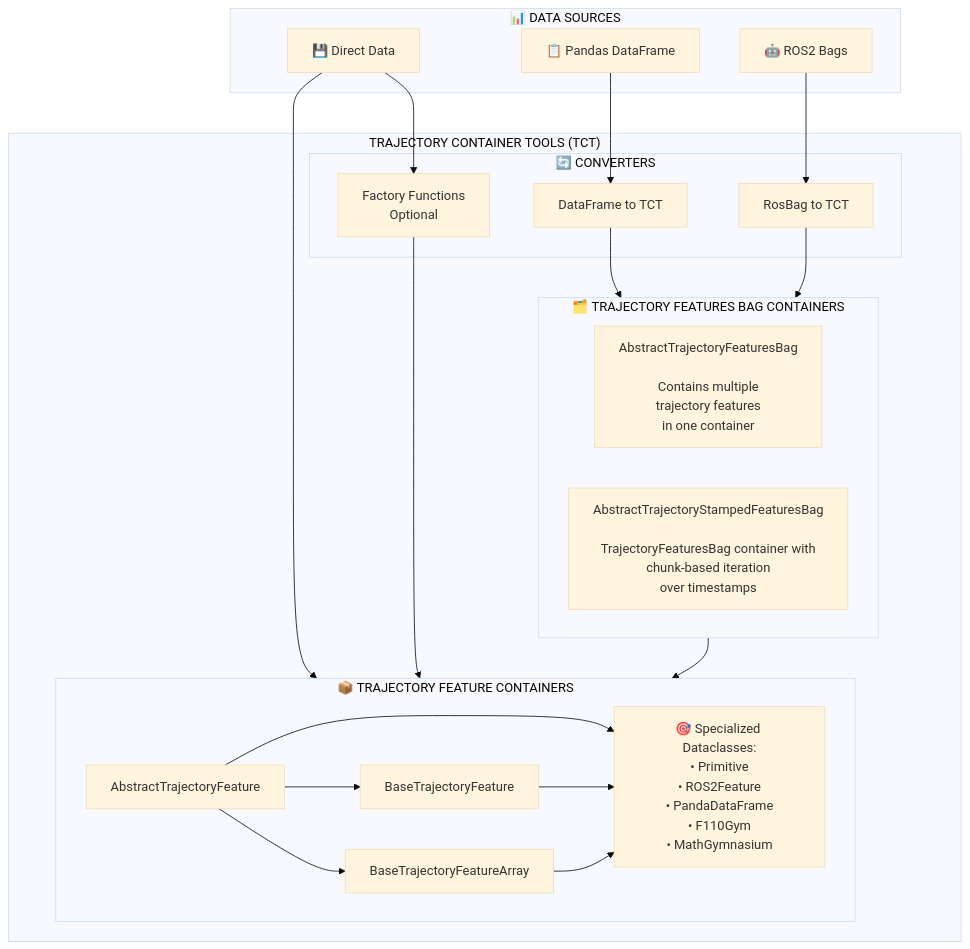
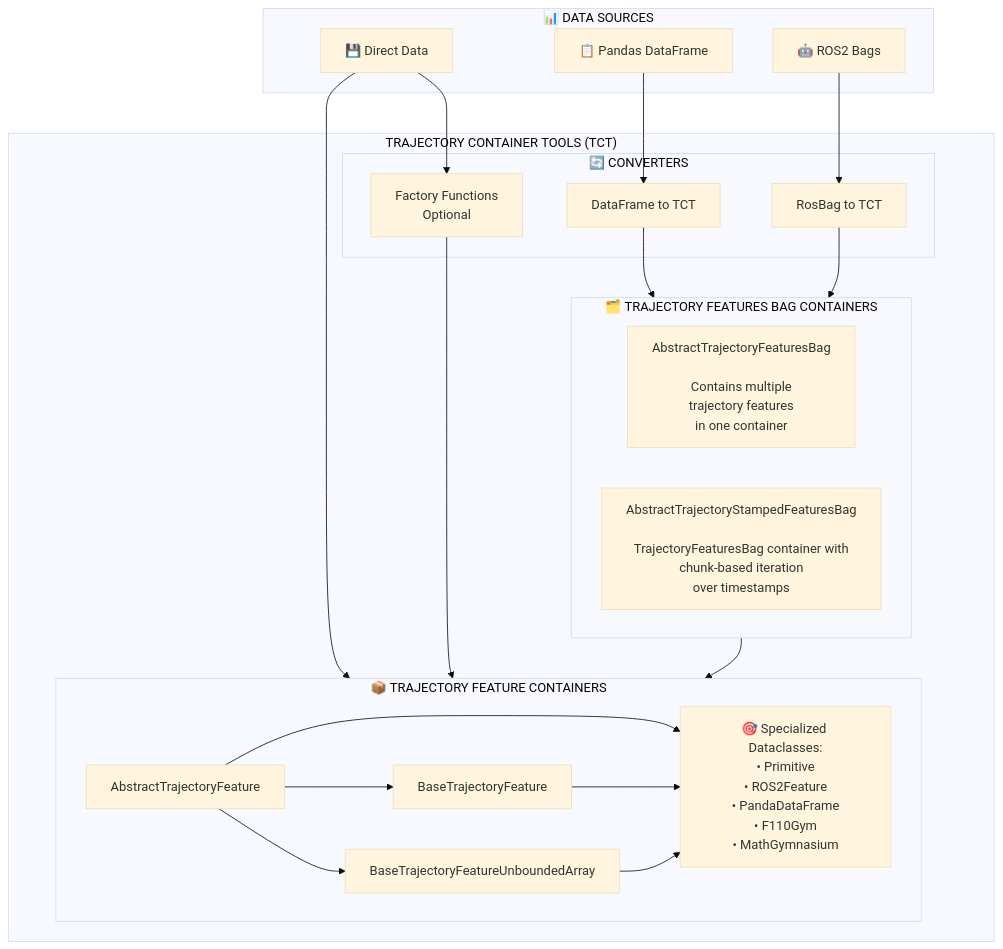
Before and after one commit to norlab-ulaval/trajectory-container-tools: the diagram in documentation/README.md, drawn with Mermaid (base theme). The commit also changed other lines of this file and 33 other files, not shown here.

First line of the commit message:
feat: improve support for unbounded arrays and add support for empty TrajectoryContainer

````diff
--- a/documentation/README.md
+++ b/documentation/README.md
@@ -39,46 +39,46 @@
 ```mermaid
 graph TB
     subgraph DS["📊&nbsp;DATA&nbsp;SOURCES"]
         DF[📋 Pandas DataFrame]
         ROS[🤖 ROS2 Bags]
         DD[💾 Direct Data]
     end
     
     subgraph TCT["TRAJECTORY&nbsp;CONTAINER&nbsp;TOOLS&nbsp;(TCT)"]
         
         subgraph CONV["🔄&nbsp;CONVERTERS"]
             DFC[DataFrame to TCT]
             RC[RosBag to TCT]
             FF[Factory Functions<br/>Optional]
         end
         
         subgraph MFC["🗂️&nbsp;TRAJECTORY&nbsp;FEATURES&nbsp;BAG&nbsp;CONTAINERS"]
             AMC[AbstractTrajectoryFeaturesBag<br/><br/>Contains multiple<br/>trajectory features<br/>in one container]
             AMSC[AbstractTrajectoryStampedFeaturesBag<br/><br/>TrajectoryFeaturesBag container with<br/>chunk-based iteration<br/>over timestamps]
         end
         
         subgraph TC["📦&nbsp;TRAJECTORY&nbsp;FEATURE&nbsp;CONTAINERS"]
             ATC[AbstractTrajectoryFeature]
             BTC[BaseTrajectoryFeature]
-            BTCA[BaseTrajectoryFeatureArray]
+            BTCA[BaseTrajectoryFeatureUnboundedArray]
             SC[🎯 Specialized Dataclasses:<br/>• Primitive<br/>• ROS2Feature<br/>• PandaDataFrame<br/>• F110Gym<br/>• MathGymnasium<br/>]
         end
     end
     
     %% Data flow connections
     ROS --> RC
     DD --> FF
     DF --> DFC
         
     DFC --> MFC
     RC --> MFC
         
     DD --> TC
     FF --> TC
     MFC --> TC 
     
     ATC --> SC
     ATC --> BTC --> SC
     ATC --> BTCA --> SC 
     
 ```
````
